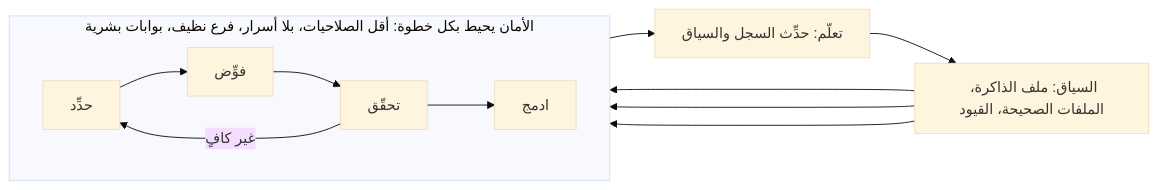
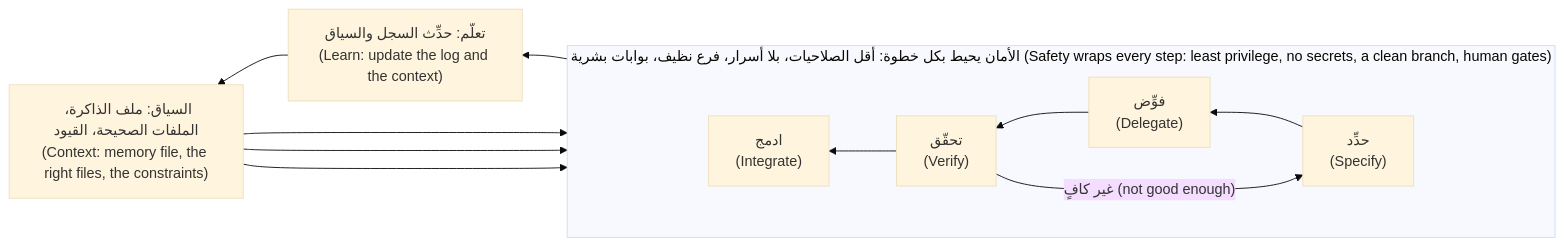
One commit to Tamoura/system-design-for-vibe-coders changed the diagram in ainative/modules/00-orientation.ar.md. Above: the diagram before and after it, drawn with Mermaid (base theme). The commit also changed 83 other files, not shown here.

First line of the commit message:
AI-native engineer course: Arabic diagrams right-to-left with English glosses

````diff
--- a/ainative/modules/00-orientation.ar.md
+++ b/ainative/modules/00-orientation.ar.md
@@ -599,15 +599,15 @@
 ```mermaid
-flowchart LR
-    subgraph SAFE["الأمان يحيط بكل خطوة: أقل الصلاحيات، بلا أسرار، فرع نظيف، بوابات بشرية"]
-        direction LR
-        S["حدِّد"] --> D["فوِّض"]
-        D --> V["تحقّق"]
-        V --> I["ادمج"]
-        V -->|"غير كافٍ"| S
+flowchart RL
+    subgraph SAFE["الأمان يحيط بكل خطوة: أقل الصلاحيات، بلا أسرار، فرع نظيف، بوابات بشرية (Safety wraps every step: least privilege, no secrets, a clean branch, human gates)"]
+        direction RL
+        S["حدِّد<br/>(Specify)"] --> D["فوِّض<br/>(Delegate)"]
+        D --> V["تحقّق<br/>(Verify)"]
+        V --> I["ادمج<br/>(Integrate)"]
+        V -->|"غير كافٍ (not good enough)"| S
     end
-    C["السياق: ملف الذاكرة، الملفات الصحيحة، القيود"] --> S
+    C["السياق: ملف الذاكرة، الملفات الصحيحة، القيود<br/>(Context: memory file, the right files, the constraints)"] --> S
     C --> D
     C --> V
-    I --> L["تعلّم: حدِّث السجل والسياق"]
+    I --> L["تعلّم: حدِّث السجل والسياق<br/>(Learn: update the log and the context)"]
     L --> C
 ```
````
